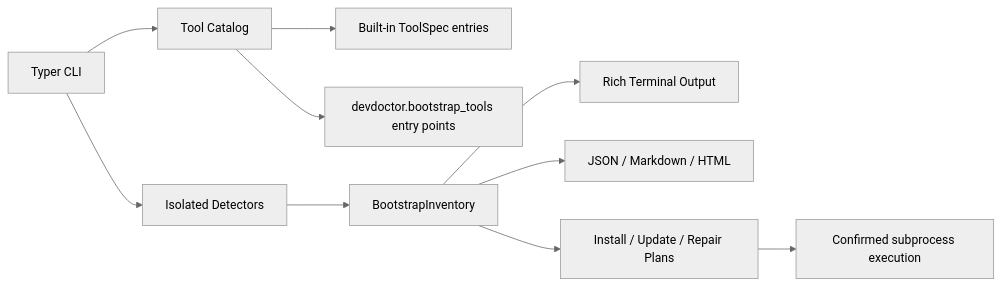
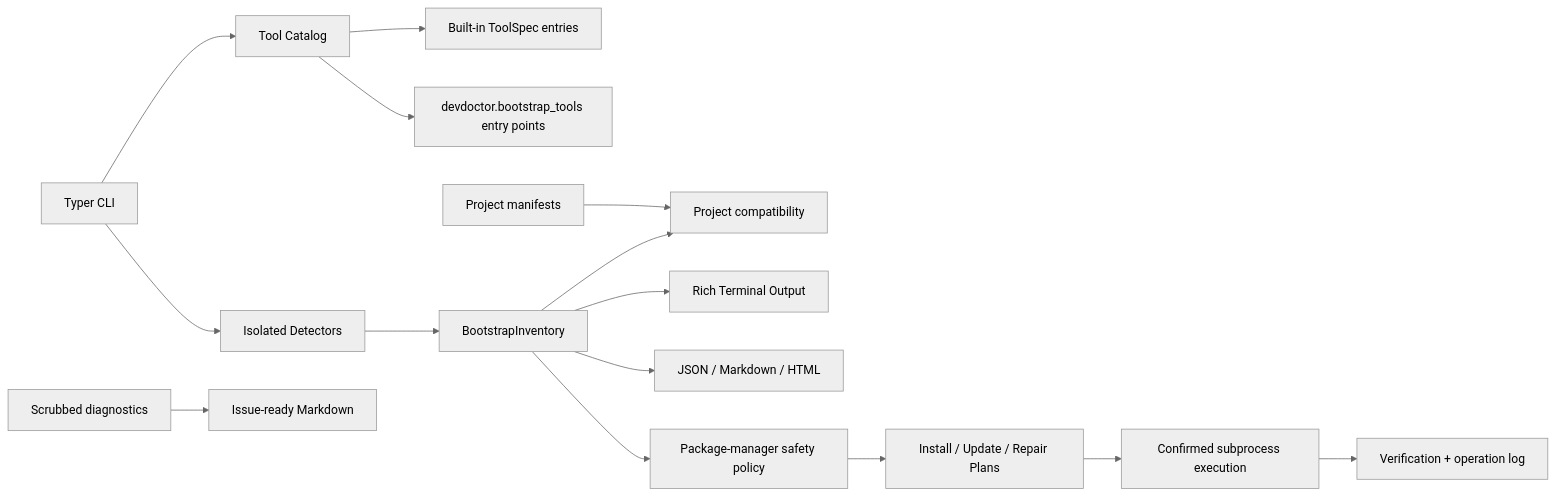
The diagram in README.md (imedkablavi/DevDoctor), drawn with Mermaid (neutral theme) before and after one commit. The commit also changed other lines of this file and 57 other files, not shown here.

````diff
--- a/README.md
+++ b/README.md
@@ -223,12 +283,17 @@
 ```mermaid
 flowchart LR
   CLI[Typer CLI] --> Catalog[Tool Catalog]
   Catalog --> Builtins[Built-in ToolSpec entries]
   Catalog --> Plugins[devdoctor.bootstrap_tools entry points]
   CLI --> Detector[Isolated Detectors]
   Detector --> Inventory[BootstrapInventory]
+  Manifests[Project manifests] --> Project[Project compatibility]
+  Inventory --> Project
   Inventory --> Terminal[Rich Terminal Output]
   Inventory --> Exporters[JSON / Markdown / HTML]
-  Inventory --> Planner[Install / Update / Repair Plans]
+  Inventory --> Policy[Package-manager safety policy]
+  Diagnostics[Scrubbed diagnostics] --> Support[Issue-ready Markdown]
+  Policy --> Planner[Install / Update / Repair Plans]
   Planner --> Executor[Confirmed subprocess execution]
+  Executor --> Verify[Verification + operation log]
 ```
````
